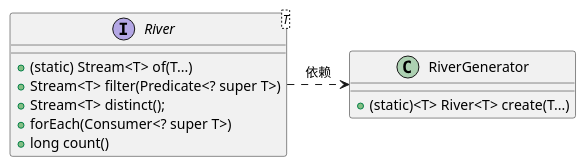
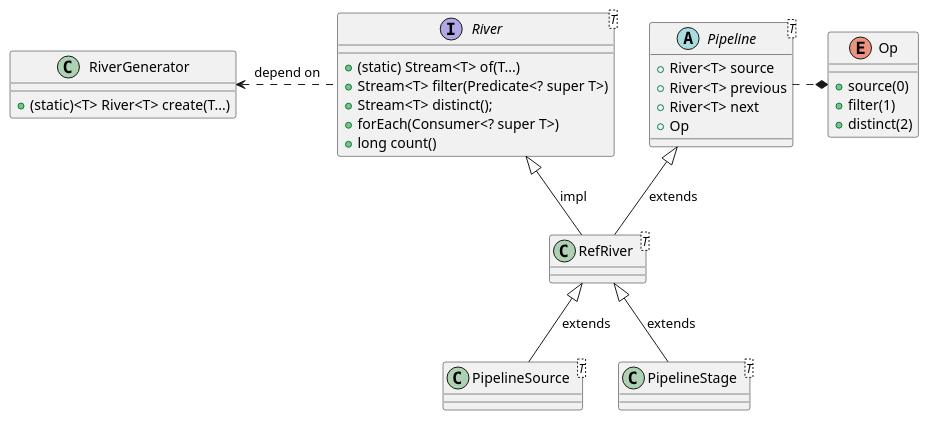
Before and after one commit to zexho994/River: the diagram in docs/自制/类图.puml, drawn with PlantUML. The commit also changed 7 other files, not shown here.

Commit message:
add: Pipeline & Stage & Op

```diff
--- a/docs/自制/类图.puml
+++ b/docs/自制/类图.puml
@@ -1,17 +1,40 @@
 @startuml
 
 interface River<T>{
     + (static) Stream<T> of(T...)
     + Stream<T> filter(Predicate<? super T>)
     + Stream<T> distinct();
     + forEach(Consumer<? super T>)
     + long count()
 }
 
 class RiverGenerator{
     + (static)<T> River<T> create(T...)
 }
 
-River .right.> RiverGenerator : 依赖
+River .left.> RiverGenerator : depend on
+
+abstract Pipeline<T>{
+    + River<T> source
+    + River<T> previous
+    + River<T> next
+    + Op
+}
+Pipeline .* Op
+
+class RefRiver<T>{}
+River <|-- RefRiver : impl
+Pipeline <|-- RefRiver : extends
+
+class PipelineSource<T>{}
+class PipelineStage<T>{}
+RefRiver<|-- PipelineSource : extends
+RefRiver <|-- PipelineStage : extends
+
+enum Op{
+    + source(0)
+    + filter(1)
+    + distinct(2)
+}
 
 @enduml
```
